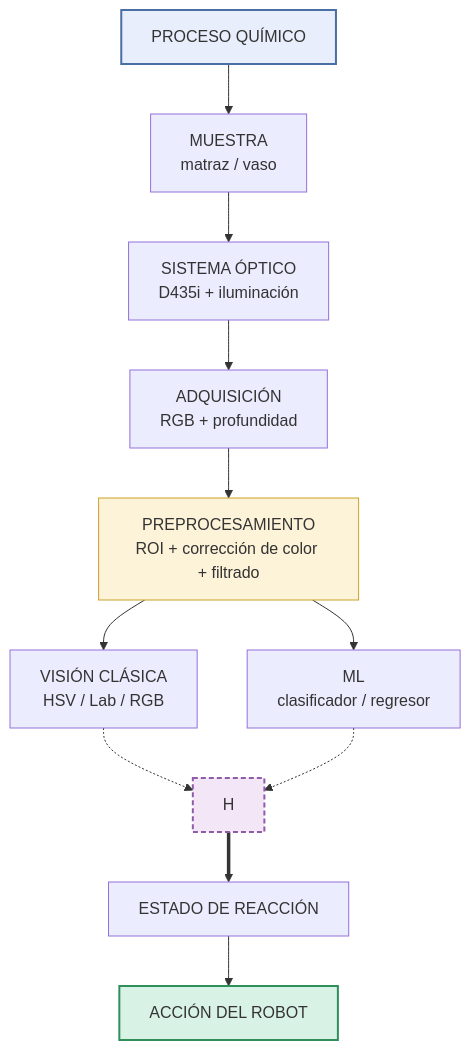
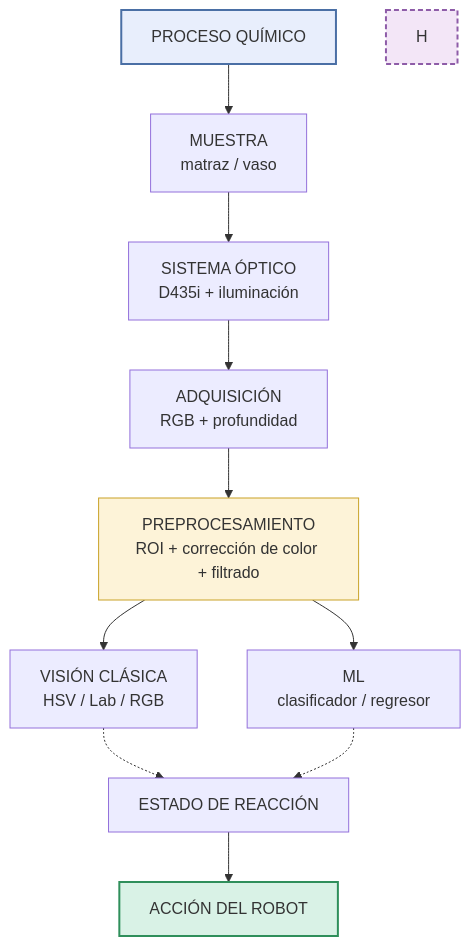
Before and after one commit to cerino-115/Diagramas: the fourth of 4 diagrams in README.md, drawn with Mermaid.

Commit message:
Update diagram connections in README.md

````diff
--- a/README.md
+++ b/README.md
@@ -40,22 +40,21 @@
 ```mermaid  
 flowchart TD
     A[PROCESO QUÍMICO] --> B[MUESTRA<br/>matraz / vaso]
     B --> C["SISTEMA ÓPTICO<br/>D435i + iluminación"]
     C --> D["ADQUISICIÓN<br/>RGB + profundidad"]
     D --> E["PREPROCESAMIENTO<br/>ROI + corrección de color + filtrado"]
 
     E --> F["VISIÓN CLÁSICA<br/>HSV / Lab / RGB"]
     E --> G["ML<br/>clasificador / regresor"]
 
-    F -.-> H
-    G -.-> H
+    F -.-> I[ESTADO DE REACCIÓN]
+    G -.-> I
 
-    H ==> I[ESTADO DE REACCIÓN]
     I --> J[ACCIÓN DEL ROBOT]
 
     style A fill:#e8eefc,stroke:#4a6fa5,stroke-width:2px
     style E fill:#fdf3d8,stroke:#c9a227
     style H fill:#f3e6f7,stroke:#8e5ca8,stroke-width:2px,stroke-dasharray: 5 3
     style J fill:#d9f2e6,stroke:#2f8f5b,stroke-width:2px
 
 ```
````
